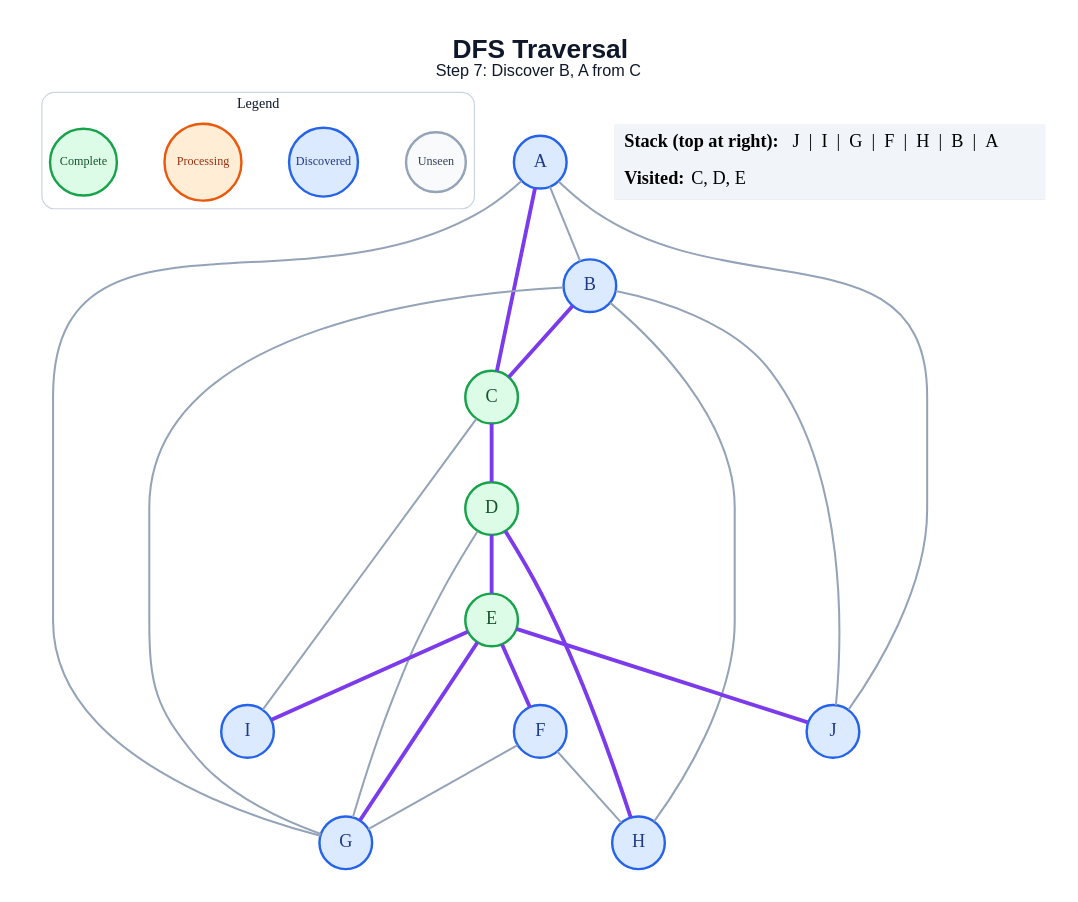
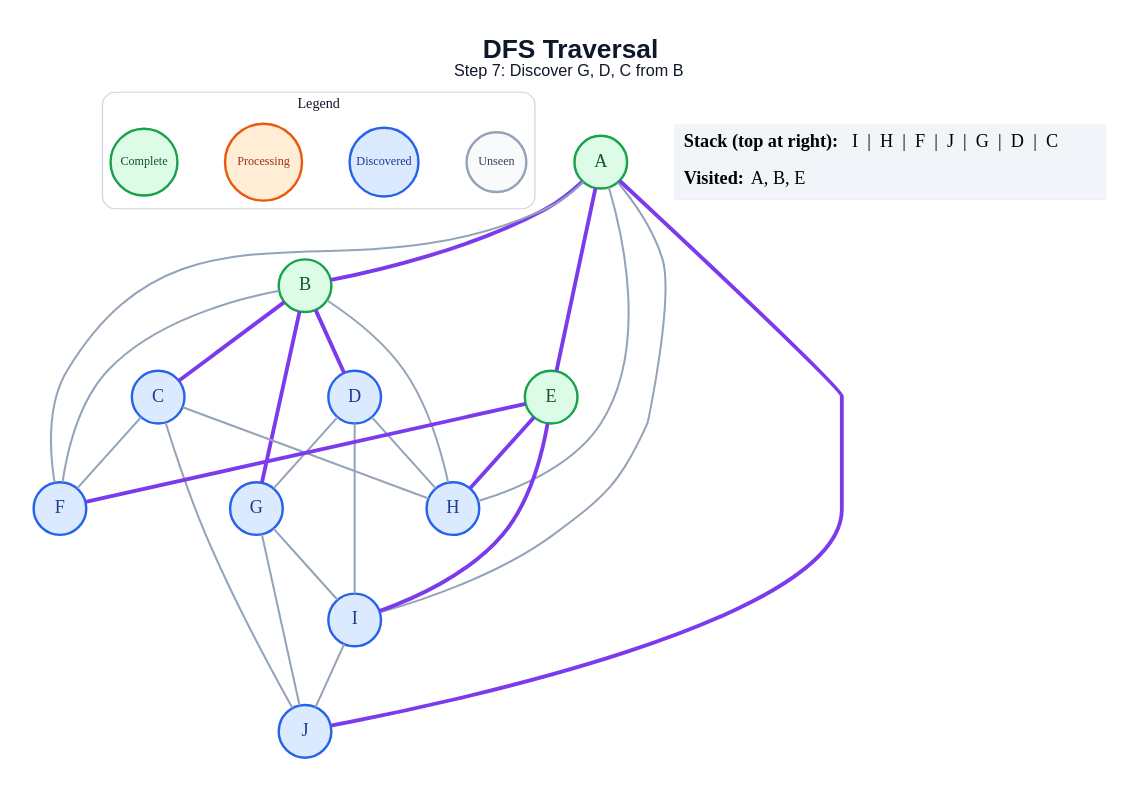
The diagram in generated/specific-node/dfs/step_07.dot (amanghodawala9/ai-slop), drawn with Graphviz before and after one commit. The commit also changed 178 other files, not shown here.

```diff
--- a/generated/specific-node/dfs/step_07.dot
+++ b/generated/specific-node/dfs/step_07.dot
@@ -1,48 +1,52 @@
 graph traversal {
   graph [layout=dot, rankdir=TB, bgcolor="#FFFFFF", pad="0.35", nodesep="0.65", ranksep="0.8", fontname="Arial"];
   node [shape=circle, style="filled", fontname="Arial Bold", fontsize=18, width=0.72, fixedsize=true, penwidth=2.4];
   edge [color="#94A3B8", penwidth=2.0];
-  label=<<B>DFS Traversal</B><BR/><FONT POINT-SIZE="16">Step 7: Discover B, A from C</FONT>>; labelloc="t"; fontsize=26; fontname="Arial"; fontcolor="#0F172A";
+  label=<<B>DFS Traversal</B><BR/><FONT POINT-SIZE="16">Step 7: Discover G, D, C from B</FONT>>; labelloc="t"; fontsize=26; fontname="Arial"; fontcolor="#0F172A";
   subgraph cluster_legend { label="Legend"; color="#CBD5E1"; penwidth=1.2; style="rounded"; fontsize=14; fontname="Arial Bold";
     key_unseen [label="Unseen", fillcolor="#F8FAFC", color="#94A3B8", fontcolor="#334155", fontsize=12, width=0.82];
     key_frontier [label="Discovered", fillcolor="#DBEAFE", color="#2563EB", fontcolor="#1E3A8A", fontsize=12, width=0.95];
     key_current [label="Processing", fillcolor="#FFEDD5", color="#EA580C", fontcolor="#9A3412", fontsize=12, width=1.05];
     key_done [label="Complete", fillcolor="#DCFCE7", color="#16A34A", fontcolor="#14532D", fontsize=12, width=0.92];
     { rank=same; key_unseen; key_frontier; key_current; key_done; }
   }
-  A [fillcolor="#DBEAFE", color="#2563EB", fontcolor="#1E3A8A"];
-  B [fillcolor="#DBEAFE", color="#2563EB", fontcolor="#1E3A8A"];
-  C [fillcolor="#DCFCE7", color="#16A34A", fontcolor="#14532D"];
-  D [fillcolor="#DCFCE7", color="#16A34A", fontcolor="#14532D"];
+  A [fillcolor="#DCFCE7", color="#16A34A", fontcolor="#14532D"];
+  B [fillcolor="#DCFCE7", color="#16A34A", fontcolor="#14532D"];
+  C [fillcolor="#DBEAFE", color="#2563EB", fontcolor="#1E3A8A"];
+  D [fillcolor="#DBEAFE", color="#2563EB", fontcolor="#1E3A8A"];
   E [fillcolor="#DCFCE7", color="#16A34A", fontcolor="#14532D"];
   F [fillcolor="#DBEAFE", color="#2563EB", fontcolor="#1E3A8A"];
   G [fillcolor="#DBEAFE", color="#2563EB", fontcolor="#1E3A8A"];
   H [fillcolor="#DBEAFE", color="#2563EB", fontcolor="#1E3A8A"];
   I [fillcolor="#DBEAFE", color="#2563EB", fontcolor="#1E3A8A"];
   J [fillcolor="#DBEAFE", color="#2563EB", fontcolor="#1E3A8A"];
-  A -- B;
-  A -- C [color="#7C3AED", penwidth=3.8];
-  A -- G;
-  A -- J;
+  A -- B [color="#7C3AED", penwidth=3.8];
+  A -- E [color="#7C3AED", penwidth=3.8];
+  A -- F;
+  A -- H;
+  A -- I;
+  A -- J [color="#7C3AED", penwidth=3.8];
   B -- C [color="#7C3AED", penwidth=3.8];
-  B -- G;
+  B -- D [color="#7C3AED", penwidth=3.8];
+  B -- F;
+  B -- G [color="#7C3AED", penwidth=3.8];
   B -- H;
-  B -- J;
-  C -- D [color="#7C3AED", penwidth=3.8];
-  C -- I;
-  D -- E [color="#7C3AED", penwidth=3.8];
+  C -- F;
+  C -- H;
+  C -- J;
   D -- G;
-  D -- H [color="#7C3AED", penwidth=3.8];
+  D -- H;
+  D -- I;
   E -- F [color="#7C3AED", penwidth=3.8];
-  E -- G [color="#7C3AED", penwidth=3.8];
+  E -- H [color="#7C3AED", penwidth=3.8];
   E -- I [color="#7C3AED", penwidth=3.8];
-  E -- J [color="#7C3AED", penwidth=3.8];
-  F -- G;
-  F -- H;
+  G -- I;
+  G -- J;
+  I -- J;
   status [shape=plain, fixedsize=false, width=0, height=0, margin=0, label=<
     <TABLE BORDER="0" CELLBORDER="0" CELLPADDING="7" BGCOLOR="#F1F5F9">
-      <TR><TD ALIGN="LEFT"><B>Stack (top at right):</B> J  |  I  |  G  |  F  |  H  |  B  |  A</TD></TR>
-      <TR><TD ALIGN="LEFT"><B>Visited:</B> C, D, E</TD></TR>
+      <TR><TD ALIGN="LEFT"><B>Stack (top at right):</B> I  |  H  |  F  |  J  |  G  |  D  |  C</TD></TR>
+      <TR><TD ALIGN="LEFT"><B>Visited:</B> A, B, E</TD></TR>
     </TABLE>
   >];
 }
```
